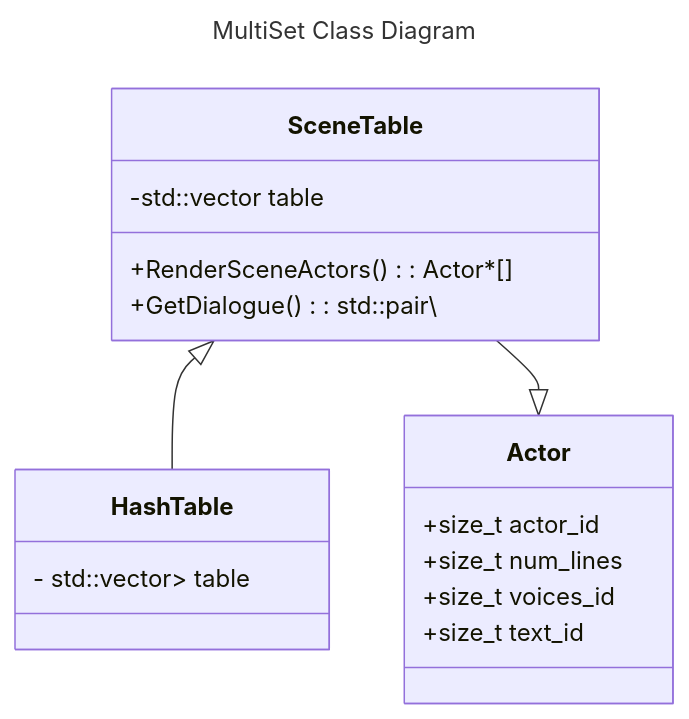
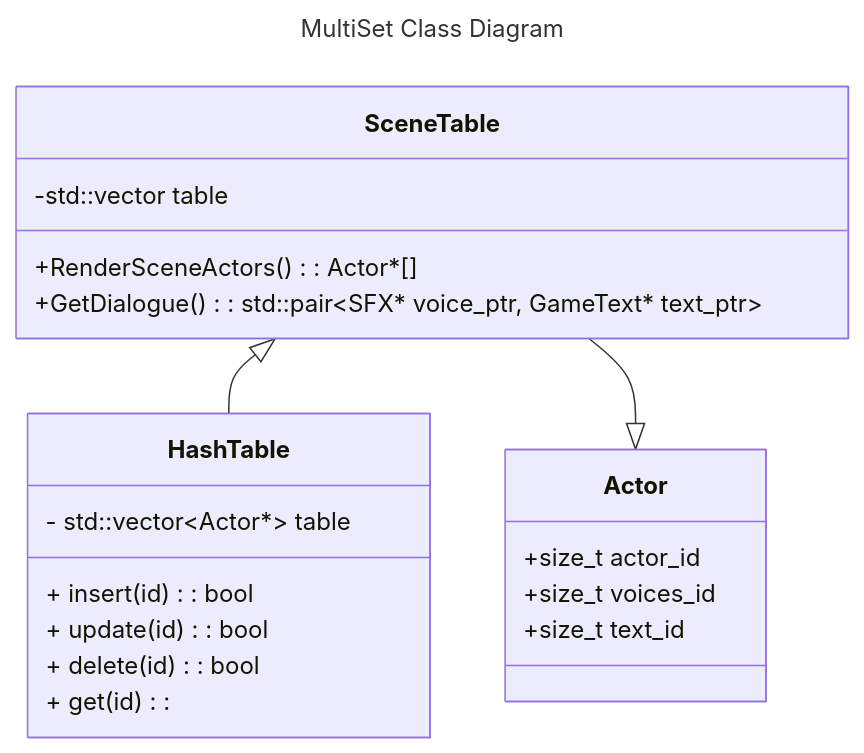
The diagram in DESIGN.md (WSU-janderson/project6-multiset-design-GrantBenR), drawn with Mermaid before and after one commit. The commit also changed other lines of this file and 1 other file, not shown here.

Commit message:
12_5 - Class diagram, alternatives, screenshots

````diff
--- a/DESIGN.md
+++ b/DESIGN.md
@@ -76,22 +85,25 @@
 ```mermaid
 ---
 title: MultiSet Class Diagram
 ---
 classDiagram
     SceneTable <|-- HashTable
     SceneTable --|> Actor
     class SceneTable{
         -std::vector table
         +RenderSceneActors(): Actor*[]
-        +GetDialogue(): std::pair\<SFX* voice_ptr, GameText* text_ptr\> 
+        +GetDialogue(): std::pair&lt;SFX* voice_ptr, GameText* text_ptr&gt
     }
     class Actor{
         +size_t actor_id
-        +size_t num_lines
         +size_t voices_id
         +size_t text_id
     }
     class HashTable{
-        - std::vector<HashTableBucket<T>> table
+        - std::vector&lt;Actor*&gt table
+        + insert(id): bool
+        + update(id): bool
+        + delete(id): bool
+        + get(id): 
     }
 ```
````
